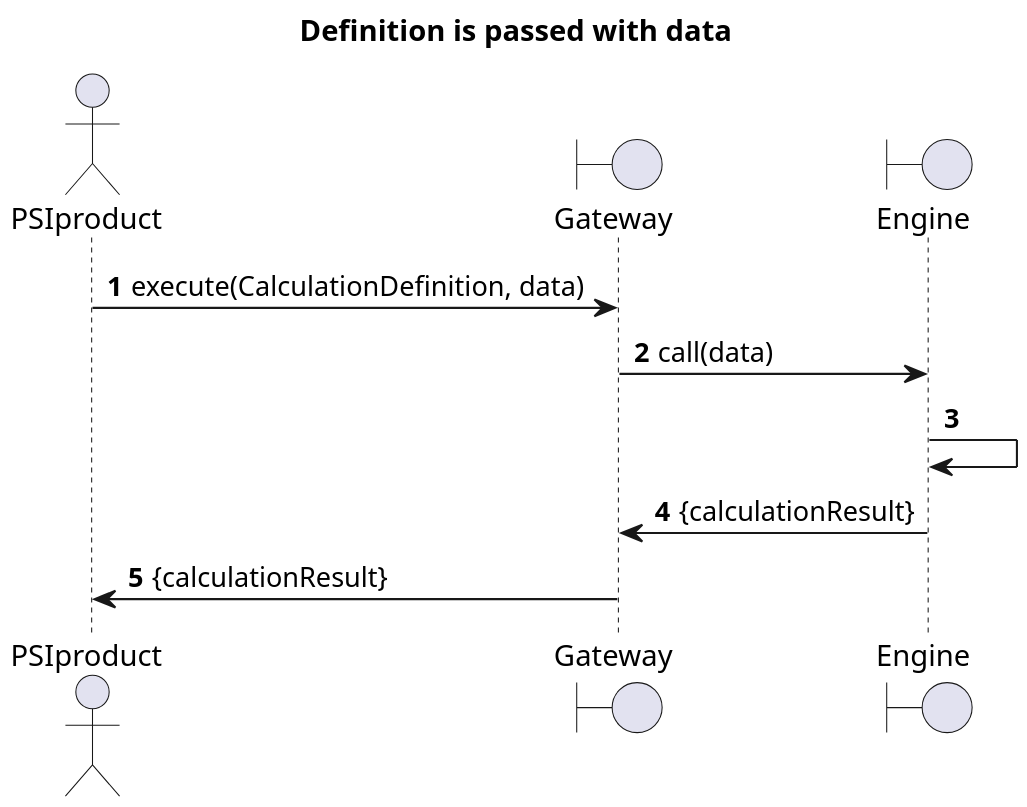
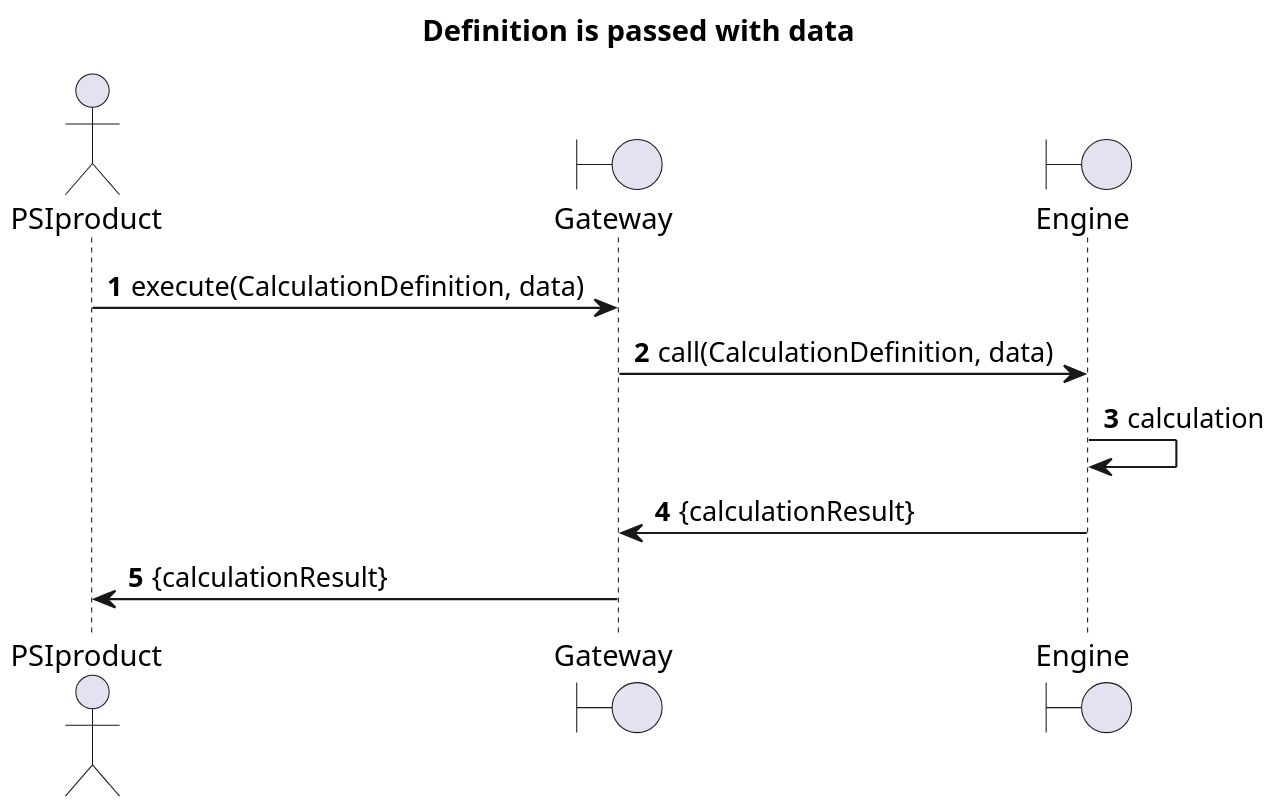
One commit to PSI-Polska/aaas-java6 changed the diagram in doc/useCases/3.1 definitionWithData.plantuml. Above: the diagram before and after it, drawn with PlantUML. The commit also changed 13 other files, not shown here.

```diff
--- a/doc/useCases/3.1 definitionWithData.plantuml
+++ b/doc/useCases/3.1 definitionWithData.plantuml
@@ -1,19 +1,21 @@
 @startuml
 skinparam dpi 200
+skinparam backgroundColor transparent
 
 title Definition is passed with data
 
 actor PSIproduct
 boundary Gateway
 boundary Engine as Engine
 
+
 autonumber
 PSIproduct -> Gateway: execute(CalculationDefinition, data)
 ' note left: data is already passed
 ' Gateway -> Engine: {data}
-Gateway -> Engine: call(data)
-Engine -> Engine
+Gateway -> Engine: call(CalculationDefinition, data)
+Engine -> Engine: calculation
 Engine -> Gateway: {calculationResult}
 Gateway -> PSIproduct: {calculationResult}
 
 @enduml
```
